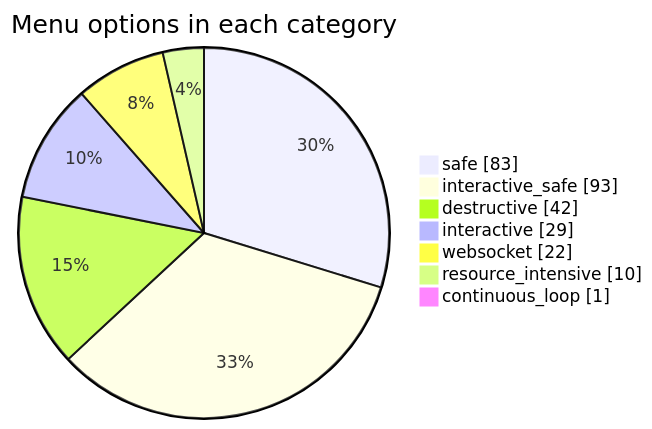
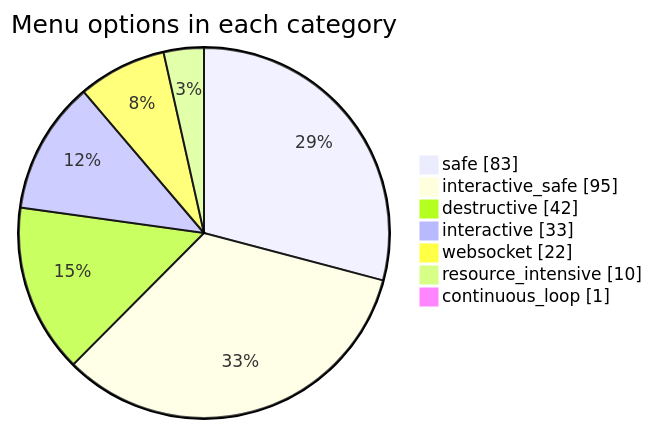
The third of 3 diagrams in documentation/menu-api/README.md (jmorrison-juniper/MistHelper), drawn with Mermaid before and after one commit. The commit also changed other lines of this file and 8 other files, not shown here.

````diff
--- a/documentation/menu-api/README.md
+++ b/documentation/menu-api/README.md
@@ -61,11 +61,11 @@
 ```mermaid
 pie showData
     title Menu options in each category
     "safe" : 83
-    "interactive_safe" : 93
+    "interactive_safe" : 95
     "destructive" : 42
-    "interactive" : 29
+    "interactive" : 33
     "websocket" : 22
     "resource_intensive" : 10
     "continuous_loop" : 1
 ```
````
